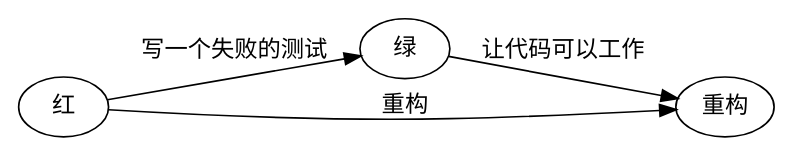
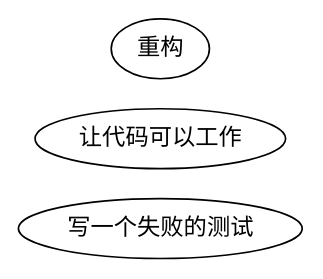
The second of 4 diagrams in src/assets/docs/practise.md (phodal/ledge), drawn with Graphviz before and after one commit. The commit also changed other lines of this file and 3 other files, not shown here.

````diff
--- a/src/assets/docs/practise.md
+++ b/src/assets/docs/practise.md
@@ -376,8 +376,8 @@
 ```graphviz
 digraph { 
   rankdir=LR;
-  "红" -> "绿"[label="写一个失败的测试"];
-  "绿" -> "重构"[label="让代码可以工作"];
-  "重构" -> "红"[dir="back" label="重构"];
+  "红 | 绿"[label="写一个失败的测试"];
+  "绿 | 重构"[label="让代码可以工作"];
+  "重构 | 红"[dir="back" label="重构"];
 } 
 ``` 
````
